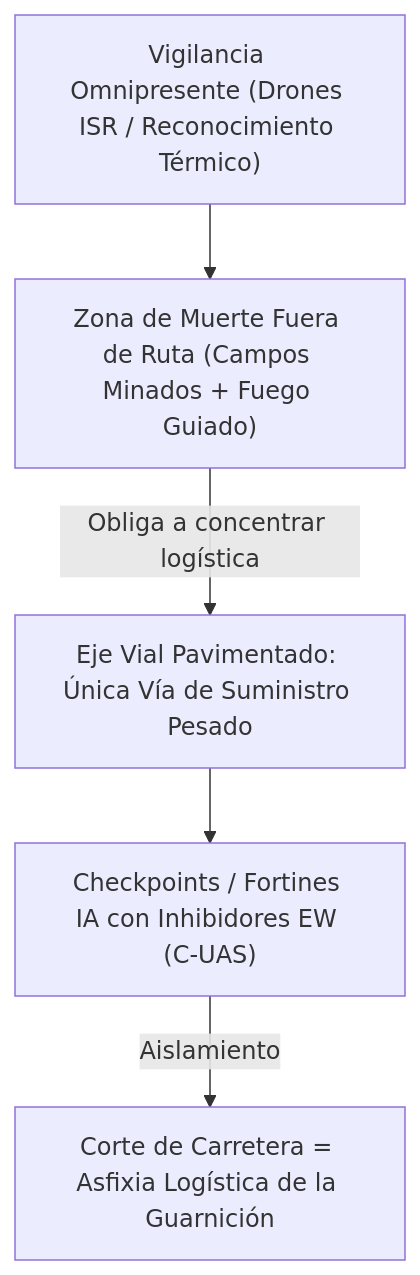
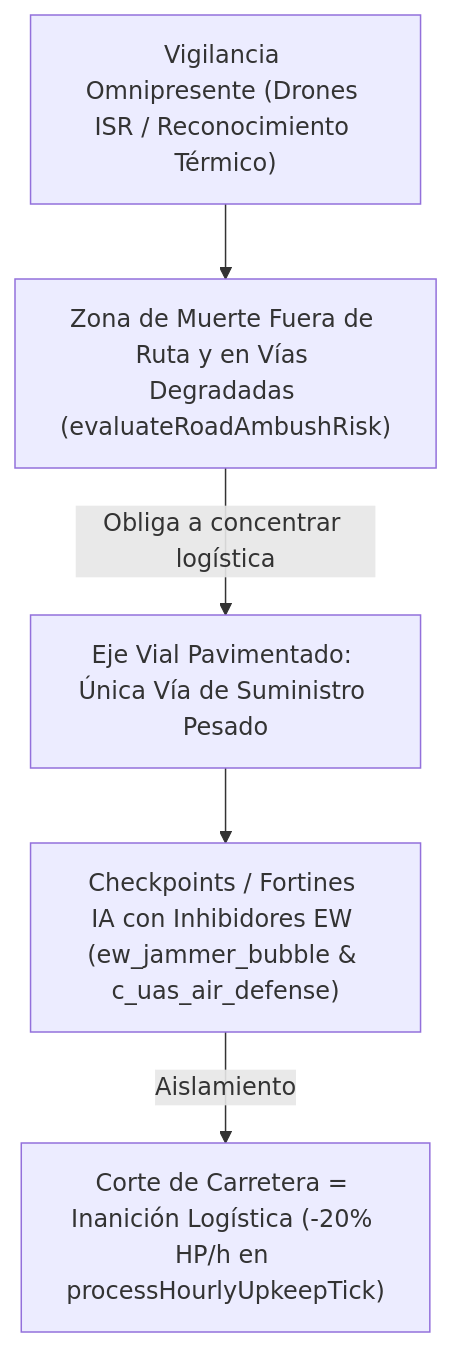
Before and after one commit to davikisea/GEOTACTICS-ONLINE: the third of 8 diagrams in docs/ANALISIS_PROJECT_ALICE_RUTAS_INGENIERIA_MAPA_METAPOLITICA.md, drawn with Mermaid. The commit also changed other lines of this file and 352 other files, not shown here.

Commit message:
feat(architecture): migración modular a 4 dominios (@domains/*), consolidación de base de datos y sincronización de suites deterministas

````diff
--- a/docs/ANALISIS_PROJECT_ALICE_RUTAS_INGENIERIA_MAPA_METAPOLITICA.md
+++ b/docs/ANALISIS_PROJECT_ALICE_RUTAS_INGENIERIA_MAPA_METAPOLITICA.md
@@ -152,13 +180,13 @@
 ```mermaid
 graph TD
     Drones["Vigilancia Omnipresente (Drones ISR / Reconocimiento Térmico)"]
-    KillZone["Zona de Muerte Fuera de Ruta (Campos Minados + Fuego Guiado)"]
+    KillZone["Zona de Muerte Fuera de Ruta y en Vías Degradadas (evaluateRoadAmbushRisk)"]
     Carreteras["Eje Vial Pavimentado: Única Vía de Suministro Pesado"]
-    Checkpoints["Checkpoints / Fortines IA con Inhibidores EW (C-UAS)"]
-    Bloqueo["Corte de Carretera = Asfixia Logística de la Guarnición"]
+    Checkpoints["Checkpoints / Fortines IA con Inhibidores EW (ew_jammer_bubble & c_uas_air_defense)"]
+    Bloqueo["Corte de Carretera = Inanición Logística (-20% HP/h en processHourlyUpkeepTick)"]
 
     Drones --> KillZone
     KillZone -->|Obliga a concentrar logística| Carreteras
     Carreteras --> Checkpoints
     Checkpoints -->|Aislamiento| Bloqueo
 ```
````
